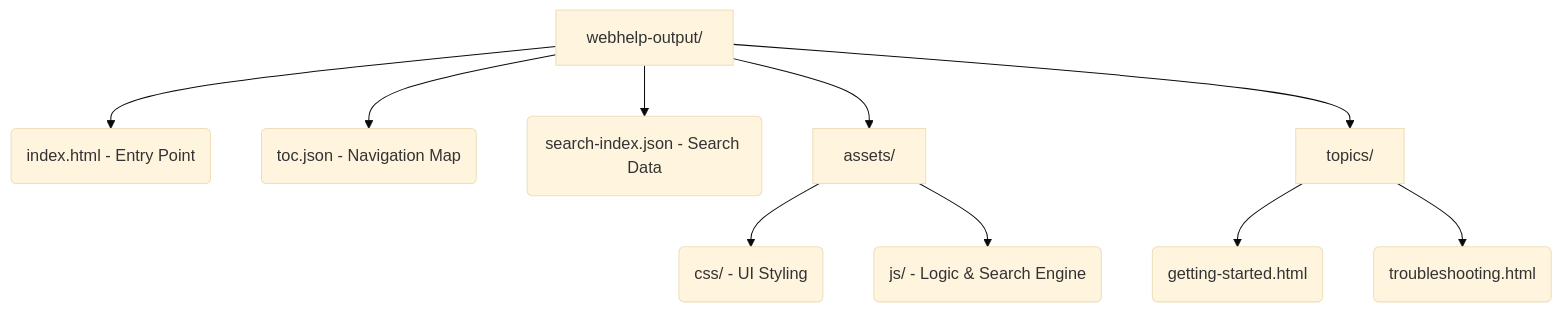
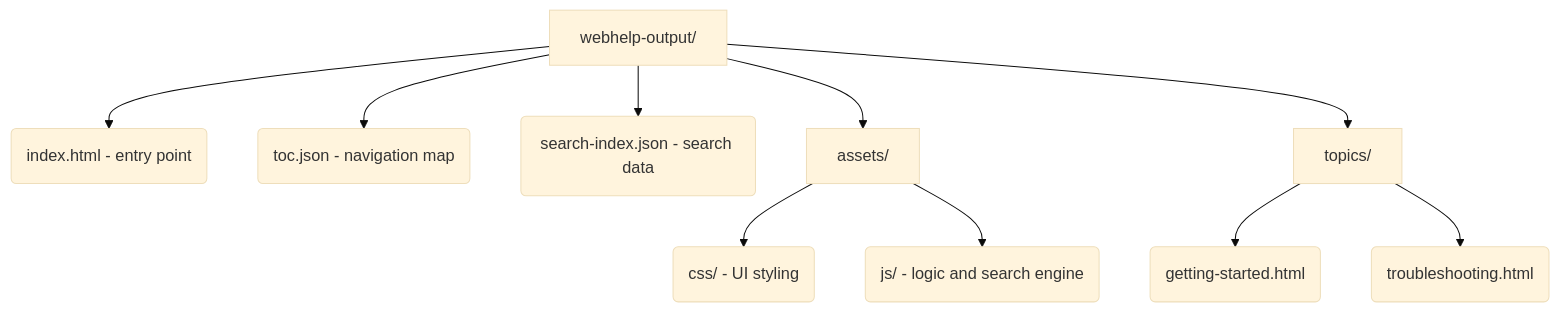
The diagram in docs/industry-terms/webhelp.md (vaishvanara/techwritingkb), drawn with Mermaid (base theme) before and after one commit. The commit also changed other lines of this file and 51 other files, not shown here.

````diff
--- a/docs/industry-terms/webhelp.md
+++ b/docs/industry-terms/webhelp.md
@@ -37,12 +37,12 @@
     ```mermaid
     graph TD
-        A[webhelp-output/] --> B(index.html - Entry Point)
-        A --> C(toc.json - Navigation Map)
-        A --> D(search-index.json - Search Data)
+        A[webhelp-output/] --> B(index.html - entry point)
+        A --> C(toc.json - navigation map)
+        A --> D(search-index.json - search data)
         A --> E[assets/]
-        E --> E1(css/ - UI Styling)
-        E --> E2(js/ - Logic & Search Engine)
+        E --> E1(css/ - UI styling)
+        E --> E2(js/ - logic and search engine)
         A --> F[topics/]
         F --> F1(getting-started.html)
         F --> F2(troubleshooting.html)
     ```
````
